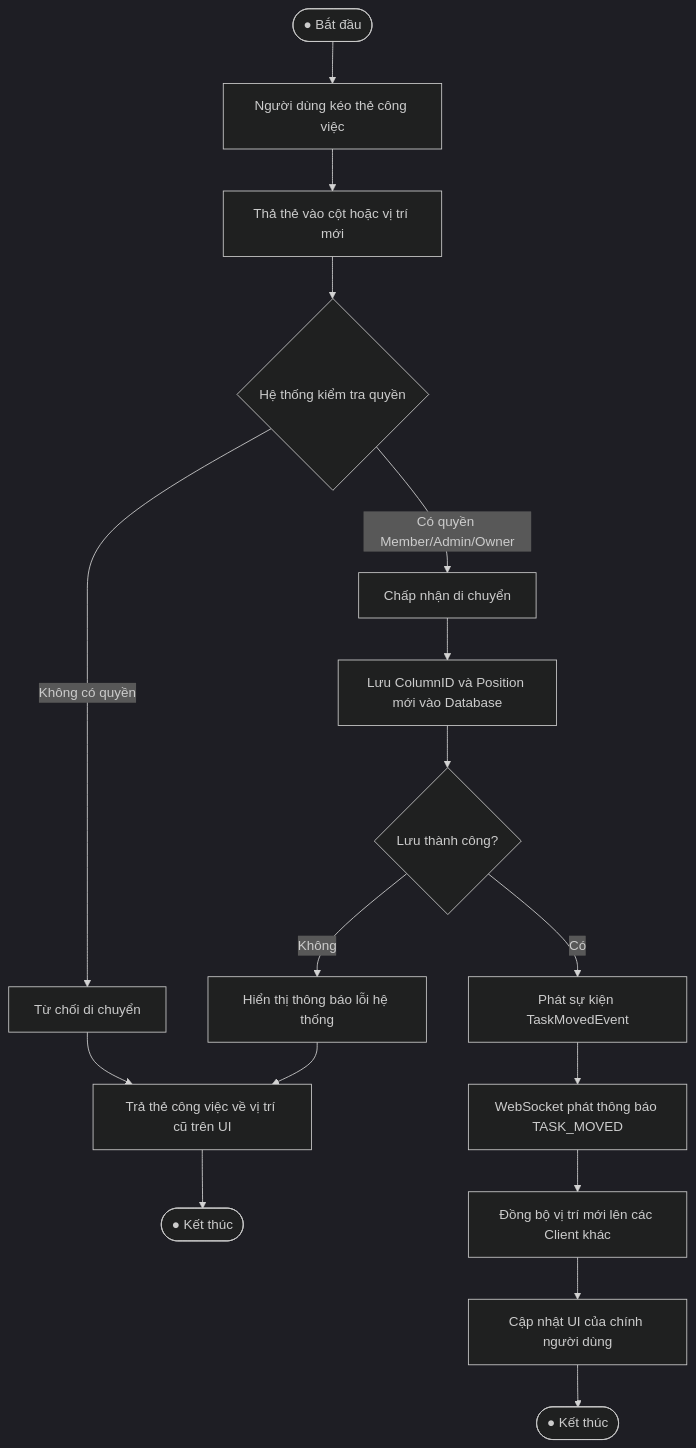
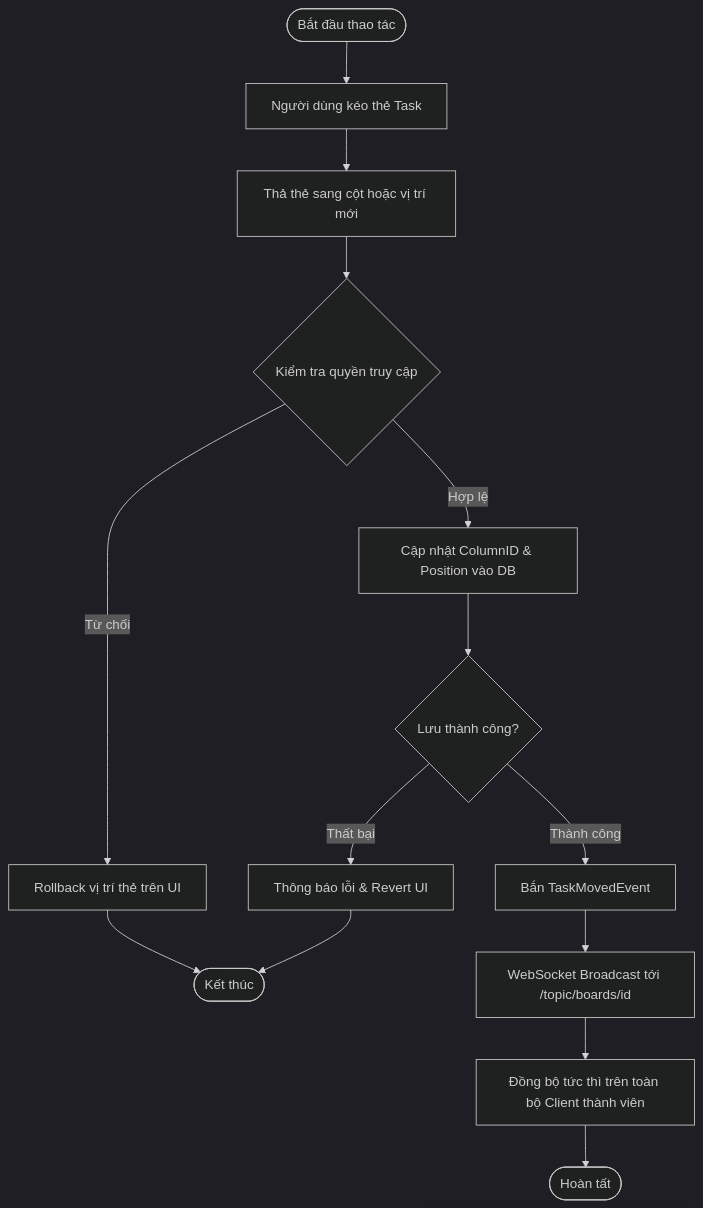
The third of 3 diagrams in README.md (Eddy-hoang/Fwork), drawn with Mermaid (dark theme) before and after one commit. The commit also changed other lines of this file, not shown here.

````diff
--- a/README.md
+++ b/README.md
@@ -440,25 +213,20 @@
 ```mermaid
 flowchart TD
-    Start([● Bắt đầu]) --> Drag[Người dùng kéo thẻ công việc]
-    Drag --> Drop[Thả thẻ vào cột hoặc vị trí mới]
-    Drop --> GetUserRole{Hệ thống kiểm tra quyền}
+    Start([Bắt đầu thao tác]) --> Drag[Người dùng kéo thẻ Task]
+    Drag --> Drop[Thả thẻ sang cột hoặc vị trí mới]
+    Drop --> PermCheck{Kiểm tra quyền truy cập}
     
-    GetUserRole -->|Không có quyền| Reject[Từ chối di chuyển]
-    GetUserRole -->|Có quyền Member/Admin/Owner| Accept[Chấp nhận di chuyển]
+    PermCheck -->|Từ chối| Reject[Rollback vị trí thẻ trên UI]
+    Reject --> End1([Kết thúc])
     
-    Reject --> RevertUI[Trả thẻ công việc về vị trí cũ trên UI]
-    RevertUI --> End1([● Kết thúc])
+    PermCheck -->|Hợp lệ| SaveDB[Cập nhật ColumnID & Position vào DB]
+    SaveDB --> TxSuccess{Lưu thành công?}
     
-    Accept --> UpdateDB[Lưu ColumnID và Position mới vào Database]
-    UpdateDB --> CommitTx{Lưu thành công?}
+    TxSuccess -->|Thất bại| ErrNotify[Thông báo lỗi & Revert UI]
+    ErrNotify --> End1
     
-    CommitTx -->|Không| ShowErr[Hiển thị thông báo lỗi hệ thống]
-    ShowErr --> RevertUI
-    
-    CommitTx -->|Có| PubEvent[Phát sự kiện TaskMovedEvent]
-    PubEvent --> WSBroadcast[WebSocket phát thông báo TASK_MOVED]
-    
-    WSBroadcast --> SyncOthers[Đồng bộ vị trí mới lên các Client khác]
-    SyncOthers --> UpdateMyUI[Cập nhật UI của chính người dùng]
-    UpdateMyUI --> End2([● Kết thúc])
+    TxSuccess -->|Thành công| PublishEvent[Bắn TaskMovedEvent]
+    PublishEvent --> WSPush[WebSocket Broadcast tới /topic/boards/id]
+    WSPush --> SyncClients[Đồng bộ tức thì trên toàn bộ Client thành viên]
+    SyncClients --> End2([Hoàn tất])
 ```
````
